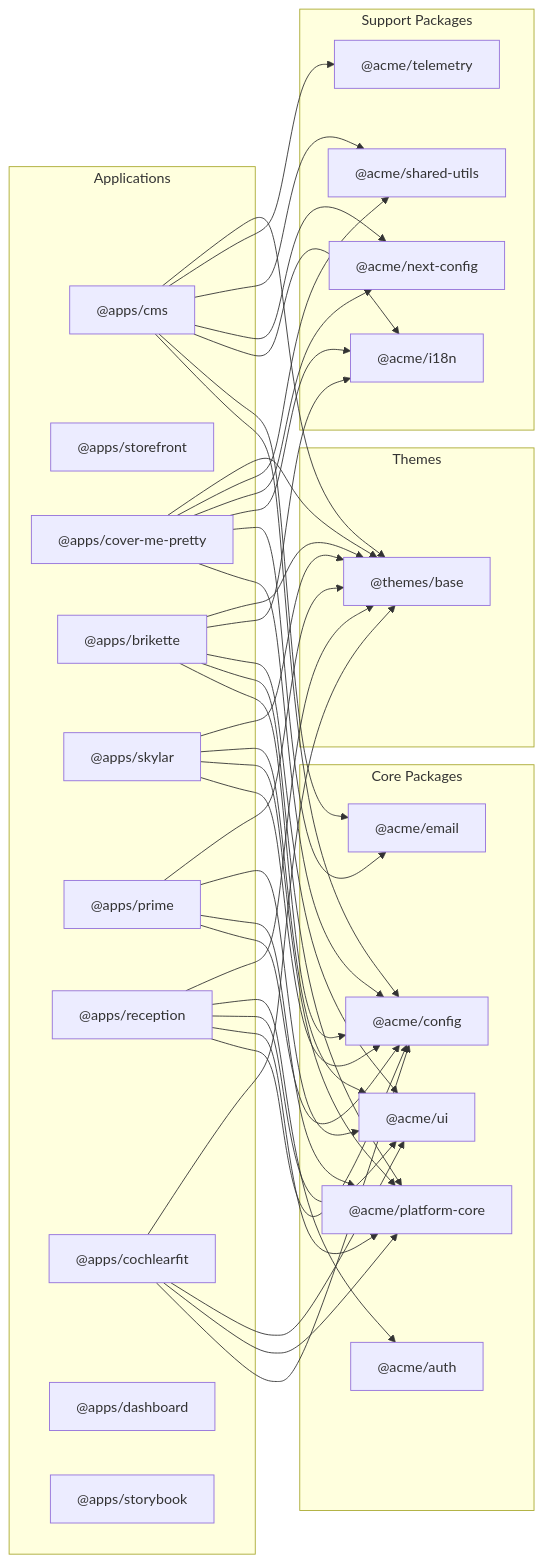
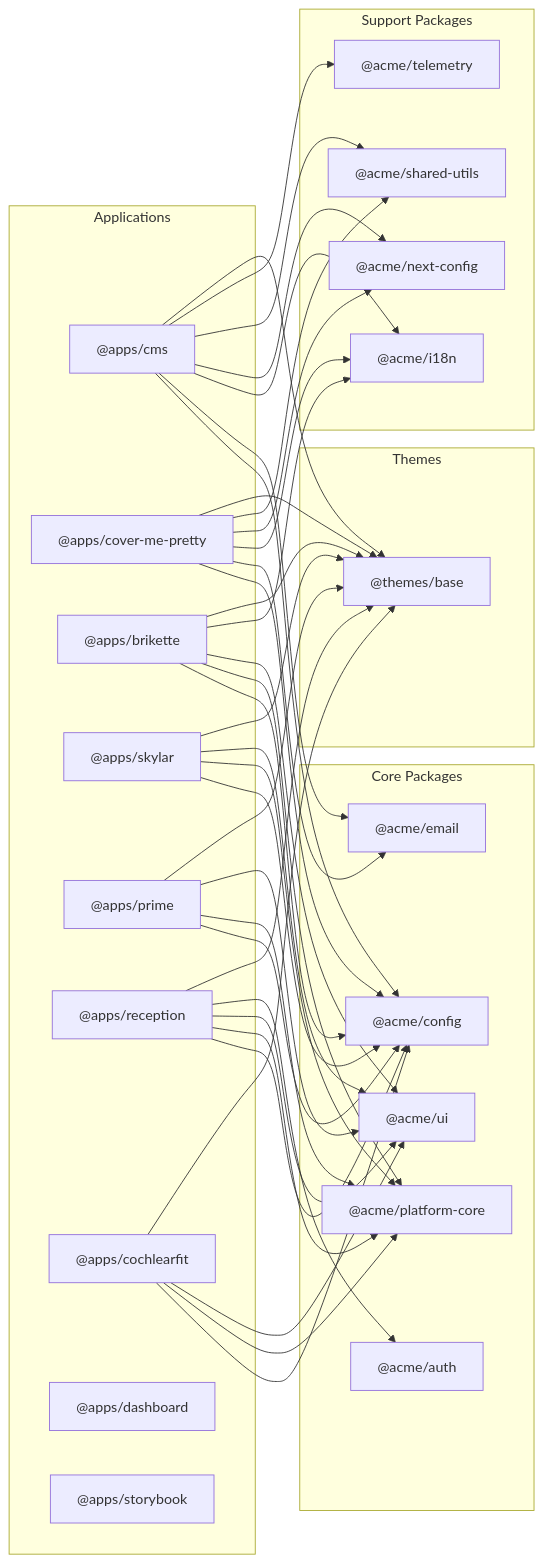
The second of 2 diagrams in docs/dependency-graph.md (PeterCowling/base-shop), drawn with Mermaid before and after one commit. The commit also changed 21 other files, not shown here.

````diff
--- a/docs/dependency-graph.md
+++ b/docs/dependency-graph.md
@@ -128,78 +128,77 @@
 ```mermaid
 flowchart LR
     subgraph Apps["Applications"]
         cms["@apps/cms"]
-        storefront["@apps/storefront"]
         cmp["@apps/cover-me-pretty"]
         brikette["@apps/brikette"]
         skylar["@apps/skylar"]
         prime["@apps/prime"]
         reception["@apps/reception"]
         cochlearfit["@apps/cochlearfit"]
         dashboard["@apps/dashboard"]
         storybook["@apps/storybook"]
     end
 
     subgraph Core["Core Packages"]
         platform-core["@acme/platform-core"]
         ui["@acme/ui"]
         config["@acme/config"]
         auth["@acme/auth"]
         email["@acme/email"]
     end
 
     subgraph Support["Support Packages"]
         i18n["@acme/i18n"]
         telemetry["@acme/telemetry"]
         shared-utils["@acme/shared-utils"]
         next-config["@acme/next-config"]
     end
 
     subgraph Themes["Themes"]
         themes-base["@themes/base"]
     end
 
     %% CMS dependencies
     cms --> config
     cms --> email
     cms --> i18n
     cms --> next-config
     cms --> shared-utils
     cms --> telemetry
     cms --> themes-base
 
     %% Storefront apps
     cmp --> config
     cmp --> email
     cmp --> i18n
     cmp --> next-config
     cmp --> shared-utils
     cmp --> themes-base
 
     brikette --> config
     brikette --> platform-core
     brikette --> ui
     brikette --> i18n
     brikette --> themes-base
 
     skylar --> config
     skylar --> platform-core
     skylar --> ui
     skylar --> themes-base
 
     prime --> config
     prime --> platform-core
     prime --> ui
     prime --> themes-base
 
     reception --> config
     reception --> platform-core
     reception --> ui
     reception --> auth
     reception --> themes-base
 
     cochlearfit --> config
     cochlearfit --> platform-core
     cochlearfit --> ui
     cochlearfit --> themes-base
 ```
````
